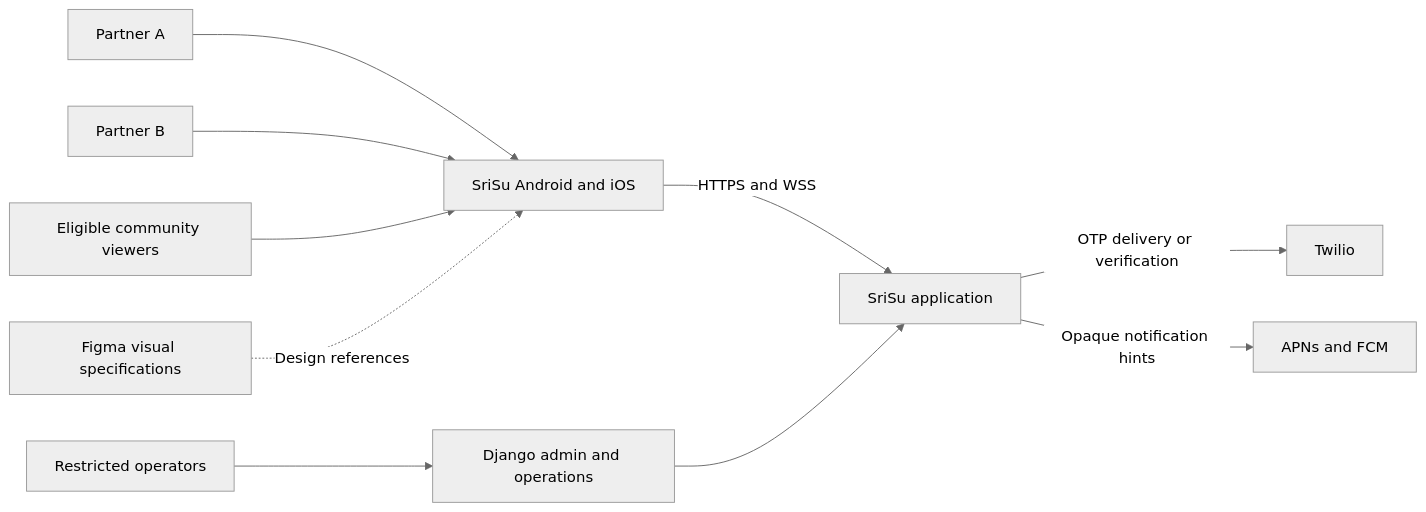
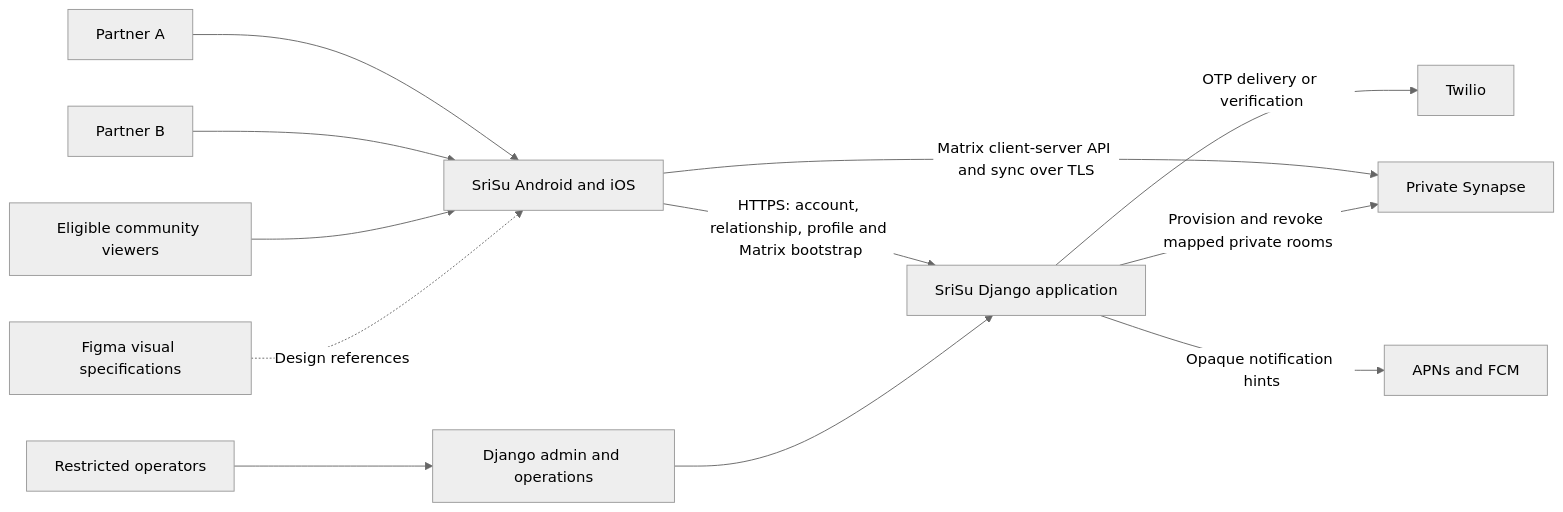
Before and after one commit to SriZan12/SriSu: the first of 5 diagrams in docs/architecture/system-design/02-target-architecture.md, drawn with Mermaid (neutral theme). The commit also changed other lines of this file and 108 other files, not shown here.

First line of the commit message:
feat(chat): integrate Matrix E2EE client

````diff
--- a/docs/architecture/system-design/02-target-architecture.md
+++ b/docs/architecture/system-design/02-target-architecture.md
@@ -59,12 +69,14 @@
 ```mermaid
 flowchart LR
   partnerA["Partner A"] --> mobile["SriSu Android and iOS"]
   partnerB["Partner B"] --> mobile
   community["Eligible community viewers"] --> mobile
-  mobile -->|"HTTPS and WSS"| backend["SriSu application"]
+  mobile -->|"HTTPS: account, relationship, profile and Matrix bootstrap"| backend["SriSu Django application"]
+  mobile -->|"Matrix client-server API and sync over TLS"| matrix["Private Synapse"]
   backend -->|"OTP delivery or verification"| sms["Twilio"]
+  backend -->|"Provision and revoke mapped private rooms"| matrix
   backend -->|"Opaque notification hints"| push["APNs and FCM"]
   operators["Restricted operators"] --> admin["Django admin and operations"]
   admin --> backend
   figma["Figma visual specifications"] -.->|"Design references"| mobile
 ```
````
